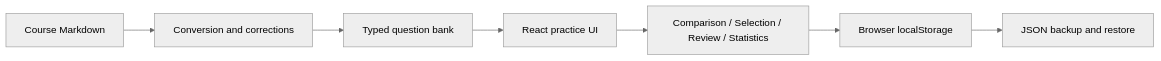
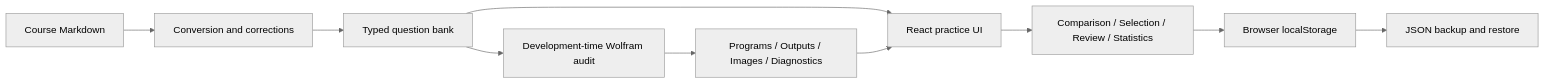
Before and after one commit to HNNUYUXUAN/PhysDrill: the diagram in README.en.md, drawn with Mermaid (neutral theme). The commit also changed other lines of this file and 268 other files, not shown here.

````diff
--- a/README.en.md
+++ b/README.en.md
@@ -69,9 +96,12 @@
 ```mermaid
 flowchart LR
   Source[Course Markdown] --> Convert[Conversion and corrections]
   Convert --> Bank[Typed question bank]
   Bank --> App[React practice UI]
+  Bank --> WL[Development-time Wolfram audit]
+  WL --> Evidence[Programs / Outputs / Images / Diagnostics]
+  Evidence --> App
   App --> Core[Comparison / Selection / Review / Statistics]
   Core --> Local[Browser localStorage]
   Local --> Backup[JSON backup and restore]
 ```
````
